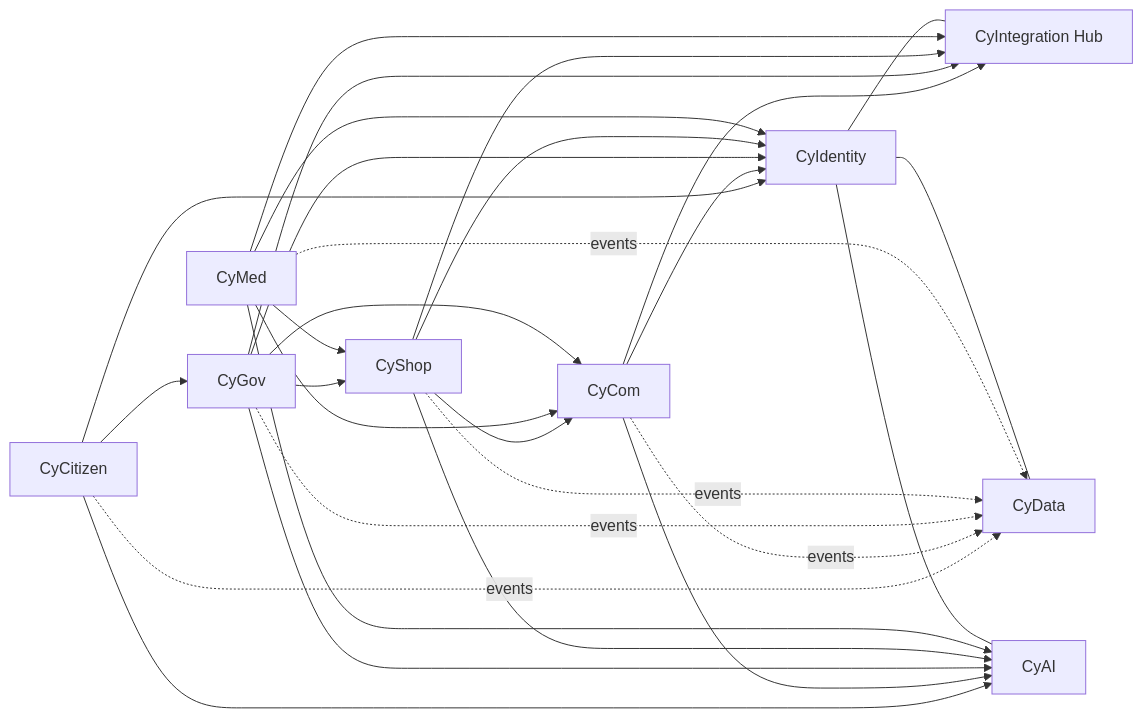
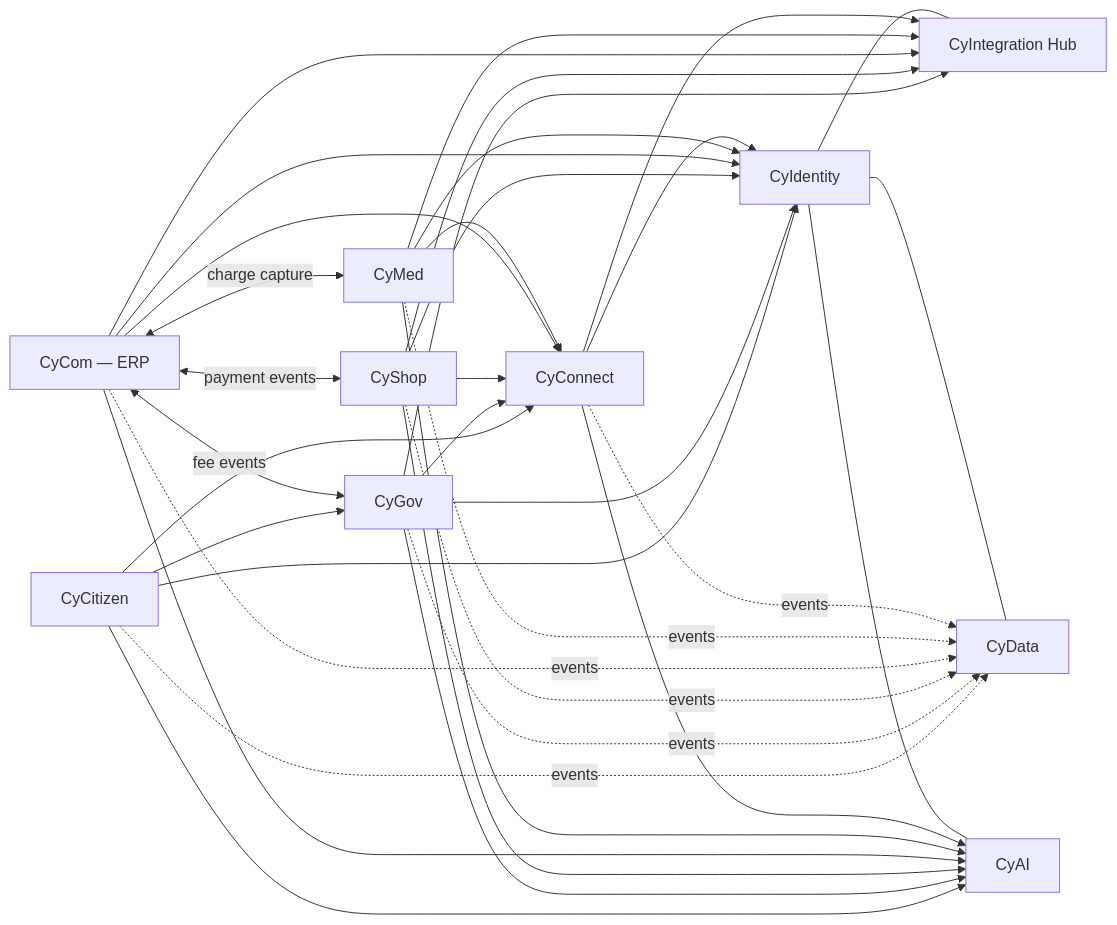
One commit to eng9myan/CyberCom-Platform changed the second of 2 diagrams in docs/architecture/enterprise_product_architecture.md. Above: the diagram before and after it, drawn with Mermaid. The commit also changed other lines of this file and 9 other files, not shown here.

First line of the commit message:
docs(adr,architecture,platforms): apply Architecture Board correction (ADR-0018 + ADR-0019)

````diff
--- a/docs/architecture/enterprise_product_architecture.md
+++ b/docs/architecture/enterprise_product_architecture.md
@@ -139,27 +153,28 @@
 ```mermaid
 flowchart LR
   ID[CyIdentity]
   HUB[CyIntegration Hub]
   DATA[CyData]
   AI[CyAI]
+  CONNECT[CyConnect]
   MED[CyMed]
-  COM[CyCom]
+  CYCOM[CyCom — ERP]
   SHOP[CyShop]
   GOV[CyGov]
   CIT[CyCitizen]
 
   ID --- HUB
   ID --- DATA
   ID --- AI
 
-  MED & SHOP & GOV & COM & CIT --> ID
-  MED & SHOP & GOV & COM --> HUB
-  MED & SHOP & GOV & COM & CIT --> AI
-  MED & SHOP & GOV & COM & CIT -. events .-> DATA
+  CONNECT & MED & CYCOM & SHOP & GOV & CIT --> ID
+  CONNECT & MED & CYCOM & SHOP & GOV --> HUB
+  CONNECT & MED & CYCOM & SHOP & GOV & CIT --> AI
+  CONNECT & MED & CYCOM & SHOP & GOV & CIT -. events .-> DATA
+
+  MED & CYCOM & SHOP & GOV & CIT --> CONNECT
+  CYCOM <-- payment events --> SHOP
+  CYCOM <-- charge capture --> MED
+  CYCOM <-- fee events --> GOV
   CIT --> GOV
-  GOV --> COM
-  MED --> COM
-  SHOP --> COM
-  MED --> SHOP
-  GOV --> SHOP
 ```
````
